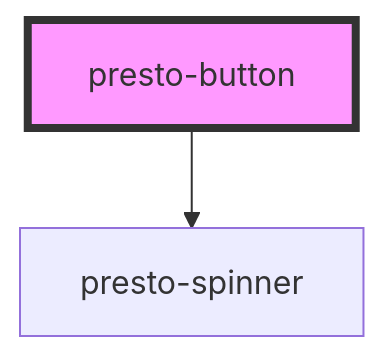
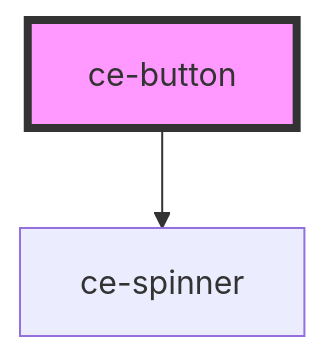
The diagram in packages/components/docs/components/ui/button/readme.md (surecart/surecart-wp-plugin), drawn with Mermaid before and after one commit. The commit also changed other lines of this file and 292 other files, not shown here.

````diff
--- a/packages/components/docs/components/ui/button/readme.md
+++ b/packages/components/docs/components/ui/button/readme.md
@@ -54,5 +52,5 @@
 ```mermaid
 graph TD;
-  presto-button --> presto-spinner
-  style presto-button fill:#f9f,stroke:#333,stroke-width:4px
+  ce-button --> ce-spinner
+  style ce-button fill:#f9f,stroke:#333,stroke-width:4px
 ```
````
